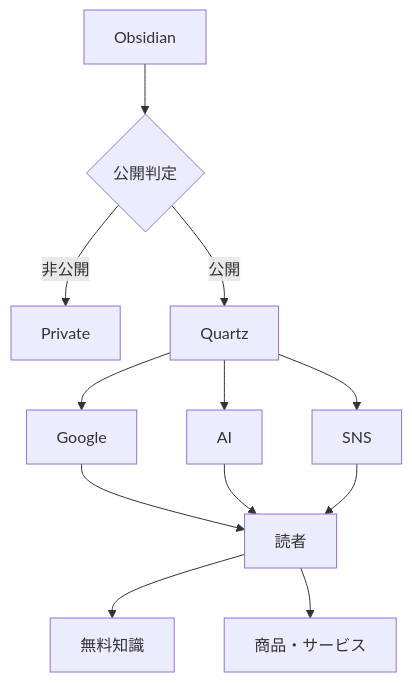
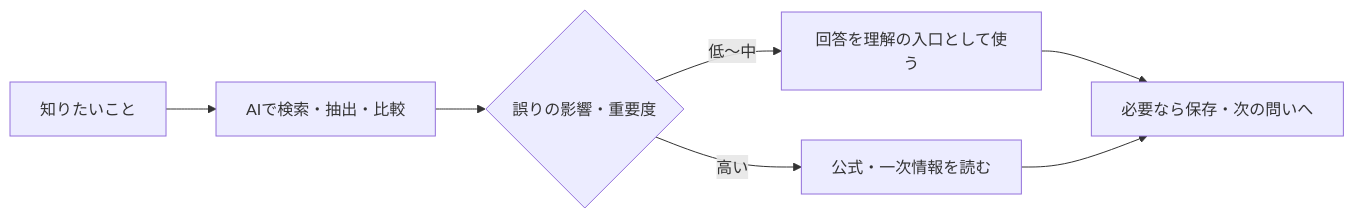
The second of 4 diagrams in content/31_Research/AI時代のWeb閲覧・広告収益・個人サイト戦略についての整理.md (fukkamaru/digital-garden), drawn with Mermaid before and after one commit. The commit also changed other lines of this file and 319 other files, not shown here.

````diff
--- a/content/31_Research/AI時代のWeb閲覧・広告収益・個人サイト戦略についての整理.md
+++ b/content/31_Research/AI時代のWeb閲覧・広告収益・個人サイト戦略についての整理.md
@@ -923,14 +75,9 @@
 ```mermaid
-flowchart TD
-    A[Obsidian] --> B{公開判定}
-    B -->|非公開| C[Private]
-    B -->|公開| D[Quartz]
-    D --> E[Google]
-    D --> F[AI]
-    D --> G[SNS]
-    E --> H[読者]
-    F --> H
-    G --> H
-    H --> I[無料知識]
-    H --> J[商品・サービス]
+flowchart LR
+    A[知りたいこと] --> B[AIで検索・抽出・比較]
+    B --> C{誤りの影響・重要度}
+    C -->|低〜中| D[回答を理解の入口として使う]
+    C -->|高い| E[公式・一次情報を読む]
+    D --> F[必要なら保存・次の問いへ]
+    E --> F
 ```
````
